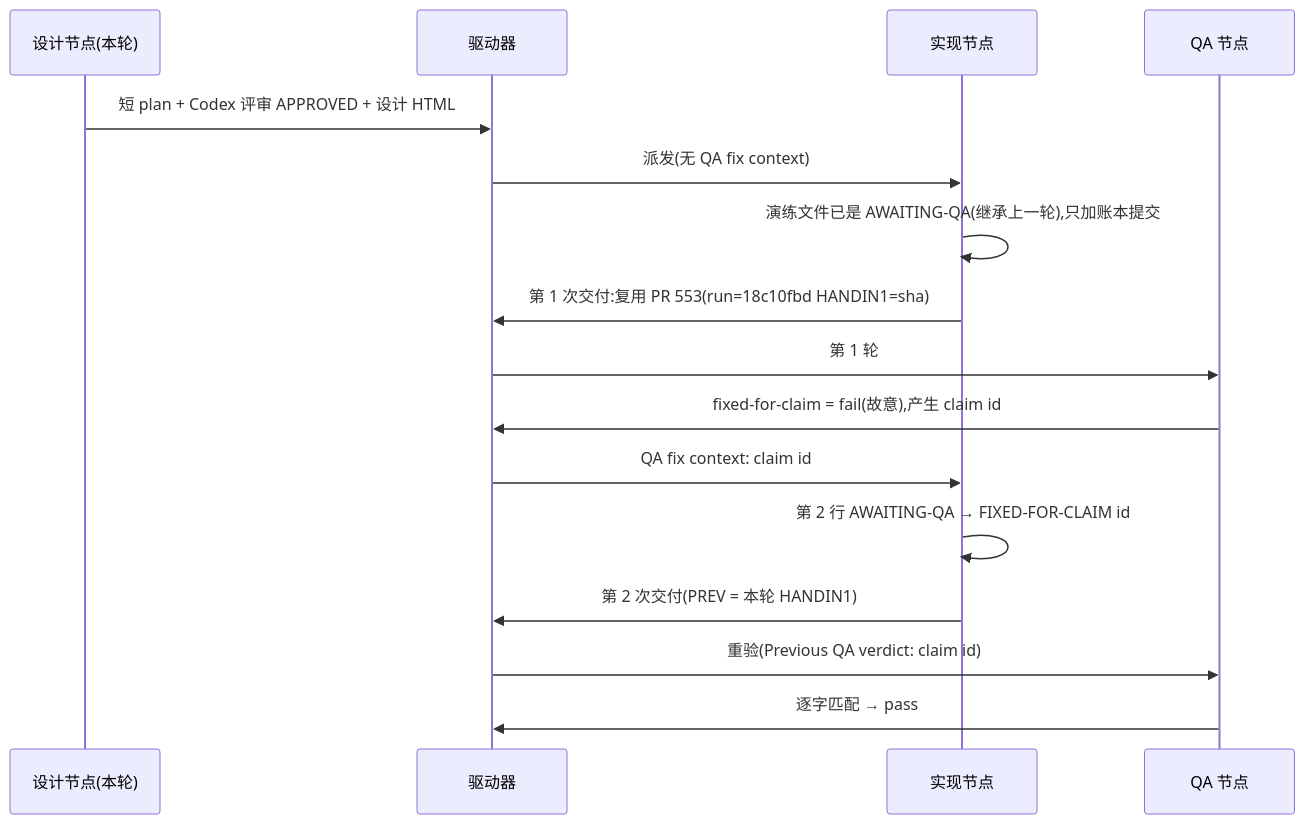
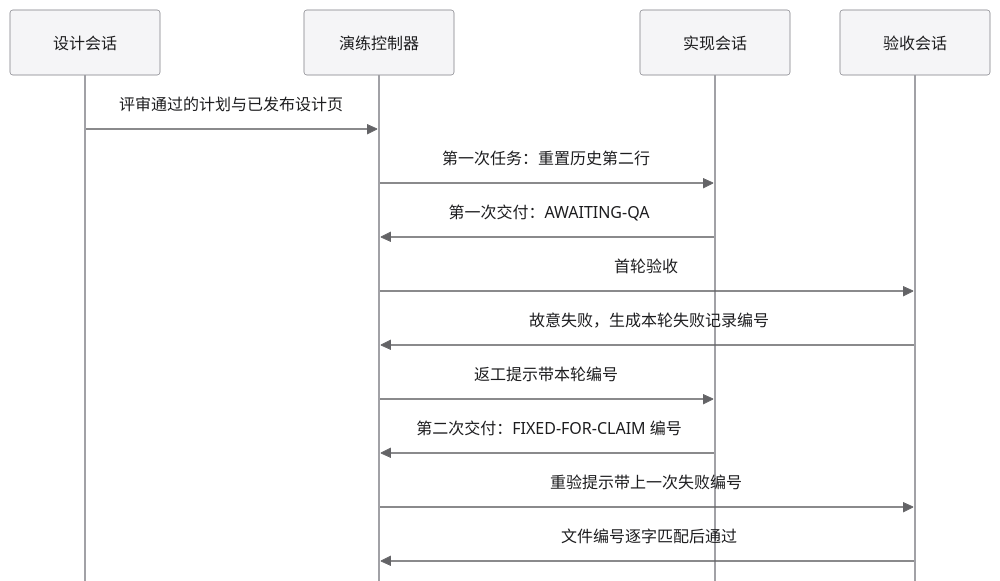
Before and after one commit to xrliAnnie/flywheel-qa-sandbox: the diagram in engineering/doc/FLY-3224-real-runner-drill/d1-core-flow.mmd, drawn with Mermaid. The commit also changed 7 other files, not shown here.

```diff
--- a/engineering/doc/FLY-3224-real-runner-drill/d1-core-flow.mmd
+++ b/engineering/doc/FLY-3224-real-runner-drill/d1-core-flow.mmd
@@ -1,16 +1,15 @@
+%%{init: {"theme":"base","themeVariables":{"fontFamily":"-apple-system, system-ui, PingFang SC, sans-serif","fontSize":"16px","primaryColor":"#f5f5f7","primaryTextColor":"#1d1d1f","primaryBorderColor":"#a1a1a6","lineColor":"#636366","secondaryColor":"#f0f7ff","tertiaryColor":"#ffffff","actorBkg":"#f5f5f7","actorBorder":"#a1a1a6","actorTextColor":"#1d1d1f","signalColor":"#636366","signalTextColor":"#1d1d1f","noteBkgColor":"#f0f7ff","noteBorderColor":"#007aff"},"flowchart":{"htmlLabels":false,"curve":"stepAfter"},"sequence":{"mirrorActors":false}}}%%
 sequenceDiagram
-    participant S as 设计节点(本轮)
-    participant D as 驱动器
-    participant I as 实现节点
-    participant Q as QA 节点
-    S->>D: 短 plan + Codex 评审 APPROVED + 设计 HTML
-    D->>I: 派发(无 QA fix context)
-    I->>I: 演练文件已是 AWAITING-QA(继承上一轮),只加账本提交
-    I->>D: 第 1 次交付:复用 PR 553(run=18c10fbd HANDIN1=sha)
-    D->>Q: 第 1 轮
-    Q->>D: fixed-for-claim = fail(故意),产生 claim id
-    D->>I: QA fix context: claim id
-    I->>I: 第 2 行 AWAITING-QA → FIXED-FOR-CLAIM id
-    I->>D: 第 2 次交付(PREV = 本轮 HANDIN1)
-    D->>Q: 重验(Previous QA verdict: claim id)
-    Q->>D: 逐字匹配 → pass
+    participant S as 设计会话
+    participant D as 演练控制器
+    participant I as 实现会话
+    participant Q as 验收会话
+    S->>D: 评审通过的计划与已发布设计页
+    D->>I: 第一次任务：重置历史第二行
+    I->>D: 第一次交付：AWAITING-QA
+    D->>Q: 首轮验收
+    Q->>D: 故意失败，生成本轮失败记录编号
+    D->>I: 返工提示带本轮编号
+    I->>D: 第二次交付：FIXED-FOR-CLAIM 编号
+    D->>Q: 重验提示带上一次失败编号
+    Q->>D: 文件编号逐字匹配后通过
```
